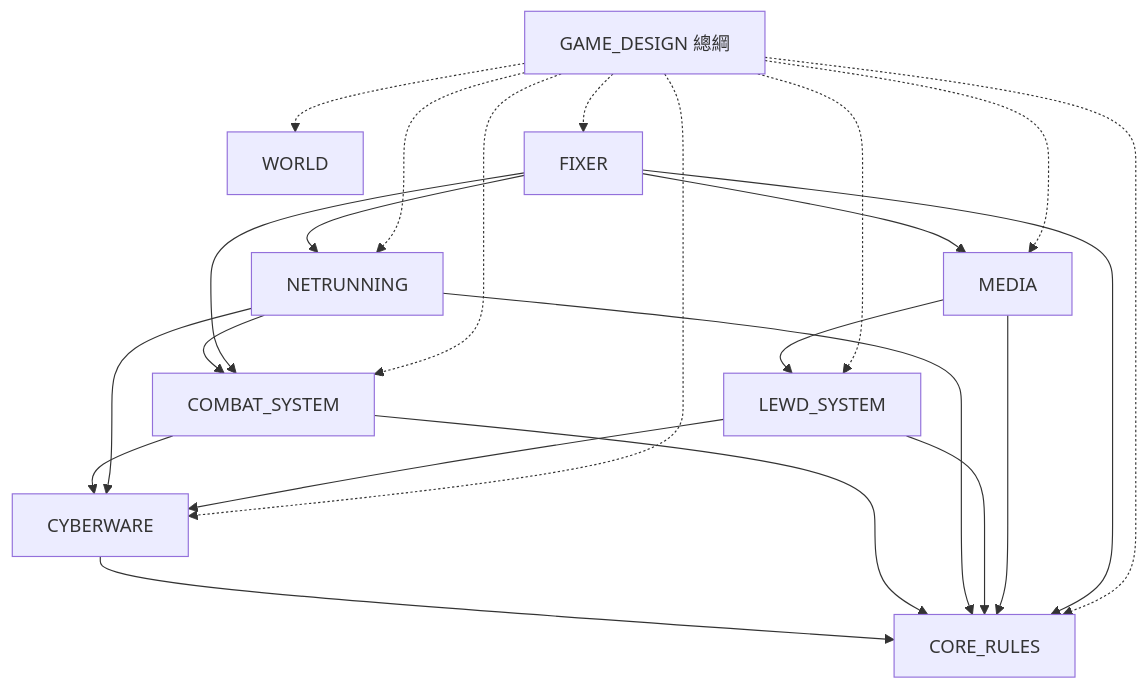
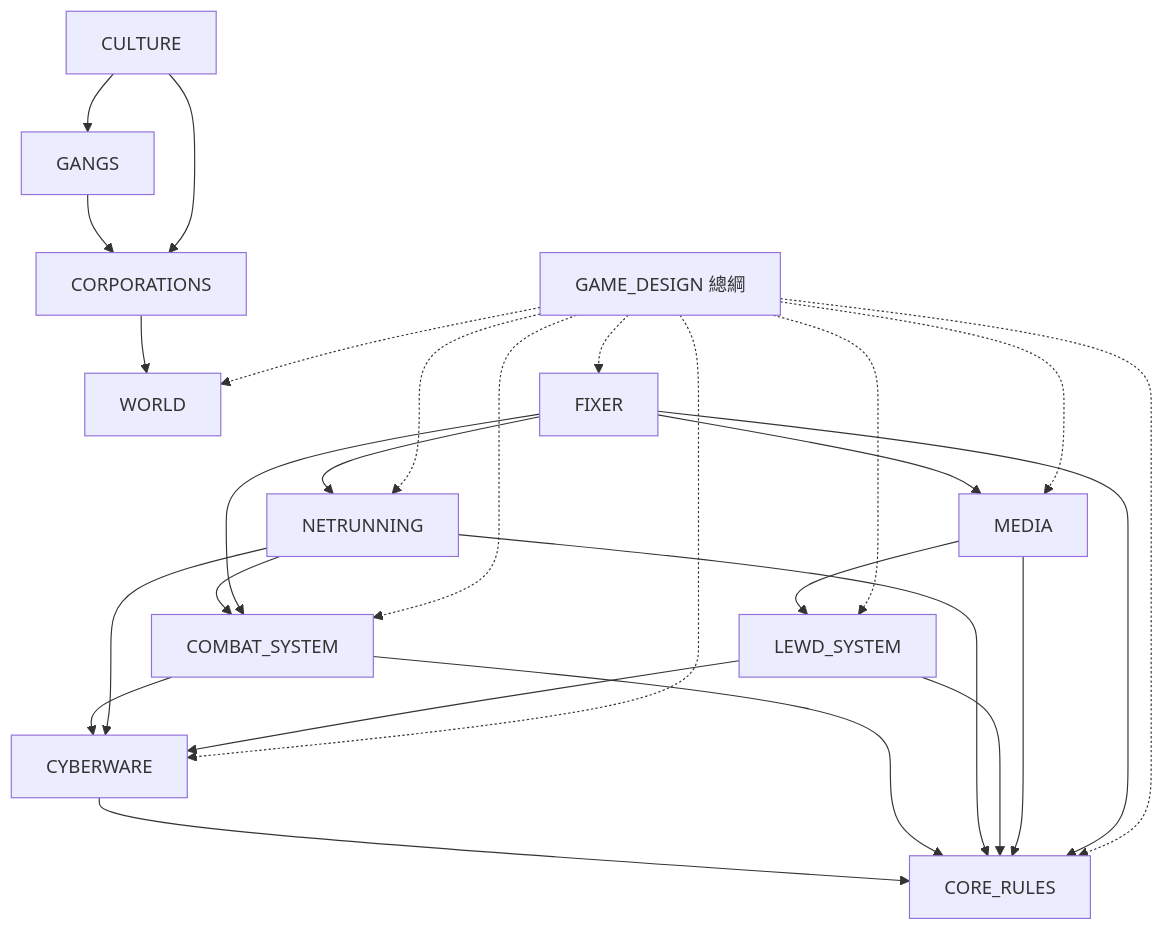
One commit to yellow630914/CyberpunkPink changed the diagram in docs/README.md. Above: the diagram before and after it, drawn with Mermaid. The commit also changed other lines of this file and 6 other files, not shown here.

````diff
--- a/docs/README.md
+++ b/docs/README.md
@@ -36,21 +39,25 @@
 ```mermaid
 flowchart TD
   GD[GAME_DESIGN 總綱]
   WD[WORLD]
+  CO[CORPORATIONS] --> WD
+  GA[GANGS] --> CO
+  CU[CULTURE] --> CO
+  CU --> GA
   CR[CORE_RULES]
   CW[CYBERWARE] --> CR
   CB[COMBAT_SYSTEM] --> CR
   CB --> CW
   NR[NETRUNNING] --> CR
   NR --> CW
   NR --> CB
   LS[LEWD_SYSTEM] --> CR
   LS --> CW
   MD[MEDIA] --> CR
   MD --> LS
   FX[FIXER] --> CR
   FX --> CB
   FX --> NR
   FX --> MD
   GD -.-> WD & CR & CW & CB & NR & LS & MD & FX
 ```
````
